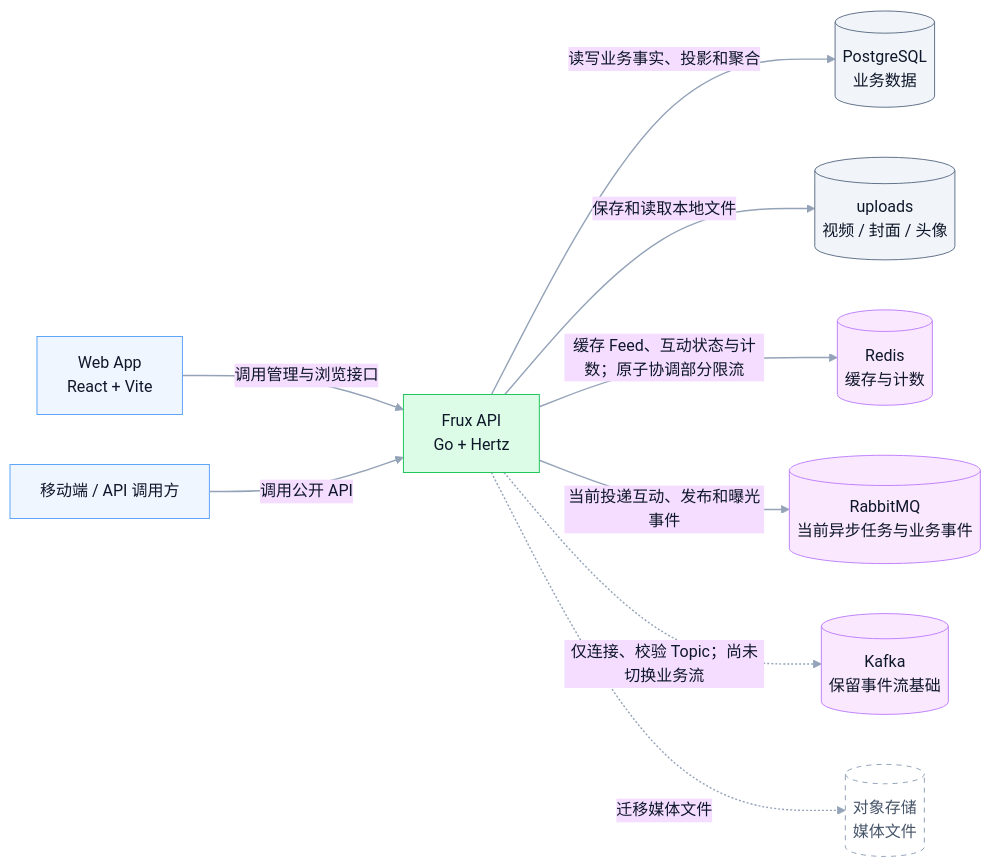
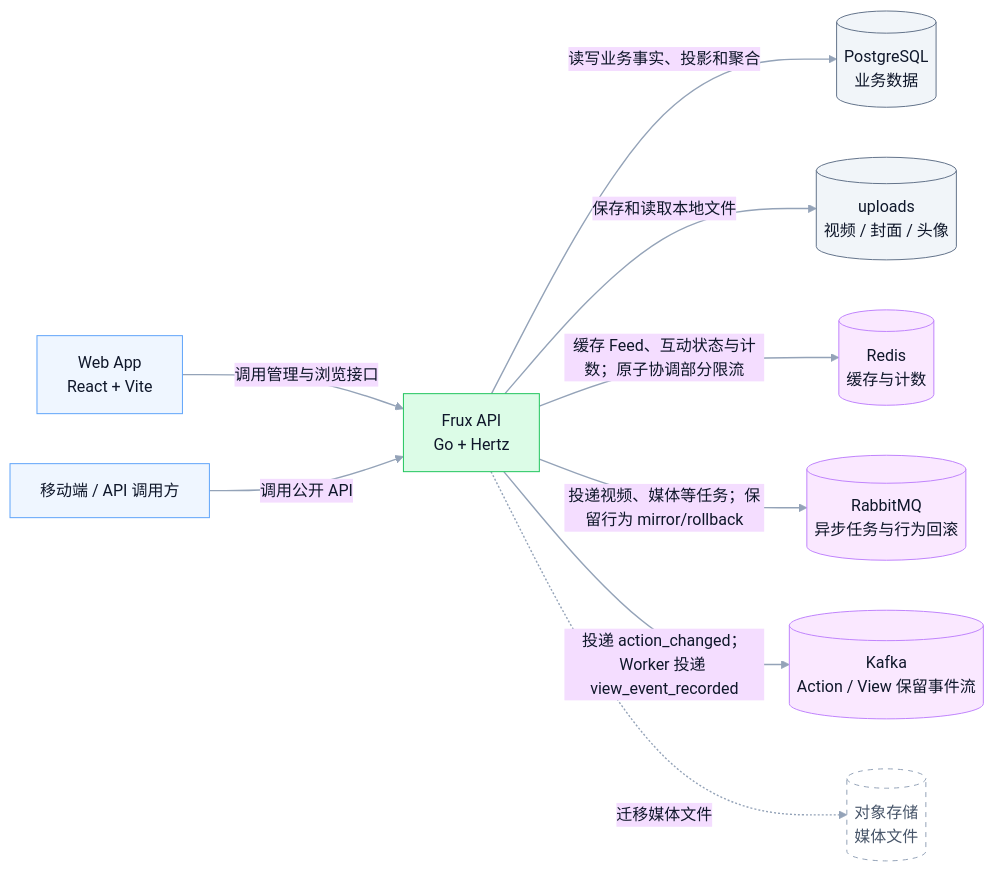
Before and after one commit to shiyudesu/frux: the first of 11 diagrams in docs/architecture.md, drawn with Mermaid. The commit also changed other lines of this file and 39 other files, not shown here.

````diff
--- a/docs/architecture.md
+++ b/docs/architecture.md
@@ -9,47 +9,47 @@
 ```mermaid
 ---
 config:
   theme: base
   layout: dagre
   themeVariables:
     background: transparent
     fontFamily: Inter, PingFang SC, Microsoft YaHei, Arial
     primaryTextColor: "#0F172A"
     lineColor: "#94A3B8"
     clusterBkg: "#F8FAFC"
     clusterBorder: "#CBD5E1"
 ---
 flowchart LR
   %% Frux MVP system context
   classDef client fill:#EFF6FF,stroke:#60A5FA,color:#0F172A,stroke-width:1px;
   classDef system fill:#DCFCE7,stroke:#22C55E,color:#0F172A,stroke-width:1px;
   classDef store fill:#F1F5F9,stroke:#64748B,color:#0F172A,stroke-width:1px;
   classDef service fill:#FAE8FF,stroke:#C084FC,color:#0F172A,stroke-width:1px;
   classDef future fill:#FFFFFF,stroke:#94A3B8,color:#475569,stroke-width:1px,stroke-dasharray:5 5;
 
   Web["Web App<br/>React + Vite"]
   Client["移动端 / API 调用方"]
   API["Frux API<br/>Go + Hertz"]
   PostgreSQL[("PostgreSQL<br/>业务数据")]
   Uploads[("uploads<br/>视频 / 封面 / 头像")]
   Redis[("Redis<br/>缓存与计数")]
-  RabbitMQ[("RabbitMQ<br/>当前异步任务与业务事件")]
-  Kafka[("Kafka<br/>保留事件流基础")]
+  RabbitMQ[("RabbitMQ<br/>异步任务与行为回滚")]
+  Kafka[("Kafka<br/>Action / View 保留事件流")]
   ObjectStorage[("对象存储<br/>媒体文件")]
 
   Web -->|"调用管理与浏览接口"| API
   Client -->|"调用公开 API"| API
   API -->|"读写业务事实、投影和聚合"| PostgreSQL
   API -->|"保存和读取本地文件"| Uploads
   API -->|"缓存 Feed、互动状态与计数；原子协调部分限流"| Redis
-  API -->|"当前投递互动、发布和曝光事件"| RabbitMQ
-  API -.->|"仅连接、校验 Topic；尚未切换业务流"| Kafka
+  API -->|"投递视频、媒体等任务；保留行为 mirror/rollback"| RabbitMQ
+  API -->|"投递 action_changed；Worker 投递 view_event_recorded"| Kafka
   API -.->|"迁移媒体文件"| ObjectStorage
 
   class Web,Client client;
   class API system;
   class PostgreSQL,Uploads store;
   class Redis,RabbitMQ,Kafka service;
   class ObjectStorage future;
   linkStyle default stroke:#94A3B8,stroke-width:1.4px
 ```
````
